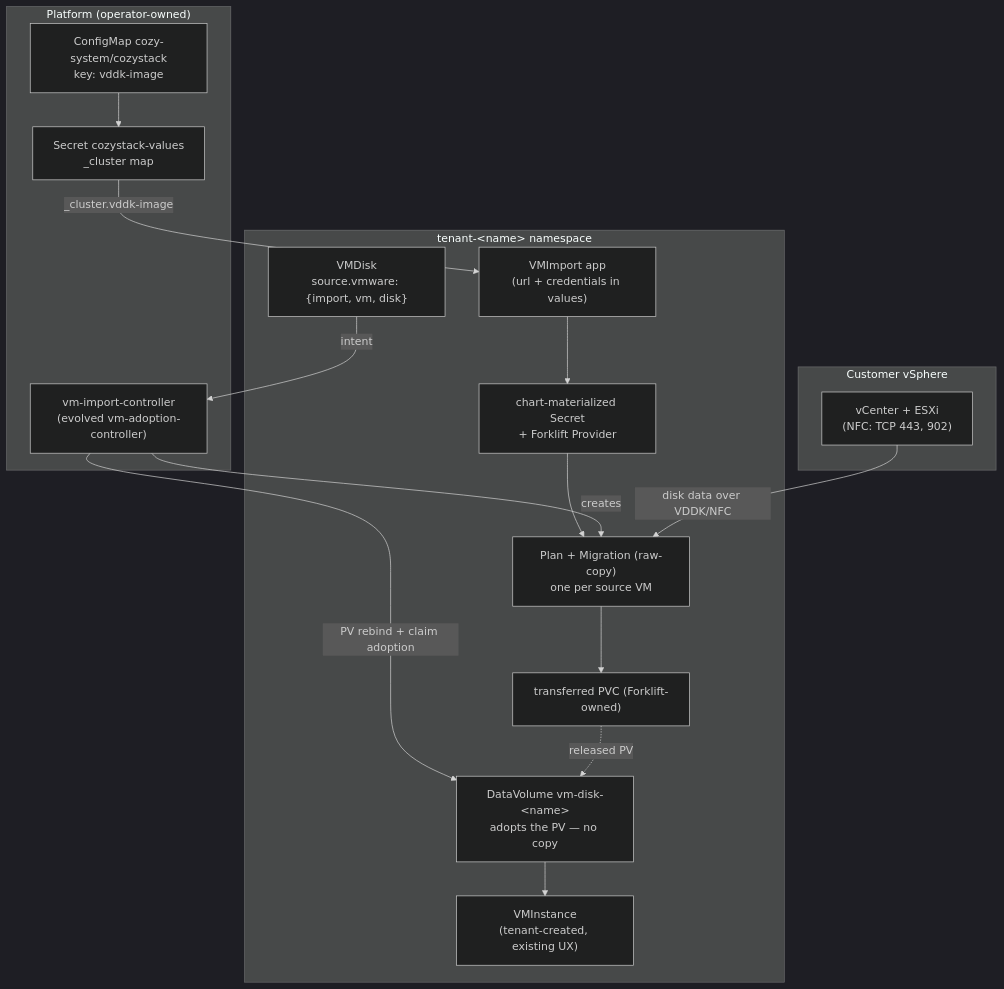
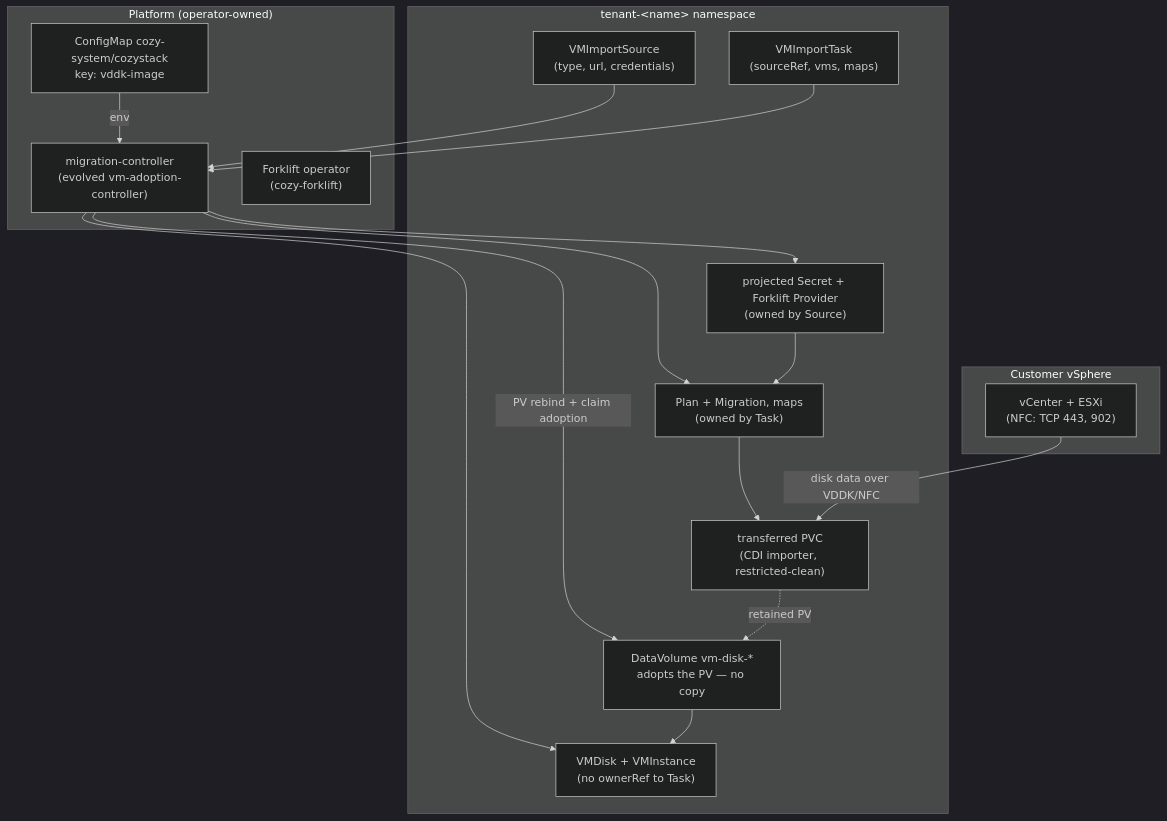
Before and after one commit to cozystack/community: the diagram in design-proposals/vm-import/README.md, drawn with Mermaid (dark theme). The commit also changed other lines of this file, not shown here.

First line of the commit message:
design-proposals/vm-import: rework the tenant API into a CRD pair

````diff
--- a/design-proposals/vm-import/README.md
+++ b/design-proposals/vm-import/README.md
@@ -65,31 +128,32 @@
 ```mermaid
 flowchart TB
   subgraph vmware["Customer vSphere"]
     VC["vCenter + ESXi<br/>(NFC: TCP 443, 902)"]
   end
   subgraph platform["Platform (operator-owned)"]
     CM["ConfigMap cozy-system/cozystack<br/>key: vddk-image"]
-    CV["Secret cozystack-values<br/>_cluster map"]
-    CTRL["vm-import-controller<br/>(evolved vm-adoption-controller)"]
+    CTRL["migration-controller<br/>(evolved vm-adoption-controller)"]
+    FK["Forklift operator<br/>(cozy-forklift)"]
   end
   subgraph tenant["tenant-&lt;name&gt; namespace"]
-    VI["VMImport app<br/>(url + credentials in values)"]
-    SEC["chart-materialized Secret<br/>+ Forklift Provider"]
-    VD["VMDisk<br/>source.vmware: {import, vm, disk}"]
-    PLAN["Plan + Migration (raw-copy)<br/>one per source VM"]
-    PVC["transferred PVC (Forklift-owned)"]
-    DV["DataVolume vm-disk-&lt;name&gt;<br/>adopts the PV — no copy"]
-    VMI["VMInstance<br/>(tenant-created, existing UX)"]
+    SRC["VMImportSource<br/>(type, url, credentials)"]
+    SEC["projected Secret + Forklift Provider<br/>(owned by Source)"]
+    TASK["VMImportTask<br/>(sourceRef, vms, maps)"]
+    PLAN["Plan + Migration, maps<br/>(owned by Task)"]
+    PVC["transferred PVC<br/>(CDI importer, restricted-clean)"]
+    DV["DataVolume vm-disk-*<br/>adopts the PV — no copy"]
+    OUT["VMDisk + VMInstance<br/>(no ownerRef to Task)"]
   end
-  CM --> CV
-  CV -->|"_cluster.vddk-image"| VI
-  VI --> SEC
-  VD -->|"intent"| CTRL
+  CM -->|"env"| CTRL
+  SRC --> CTRL
+  CTRL --> SEC
+  TASK --> CTRL
+  CTRL --> PLAN
   SEC --> PLAN
-  CTRL -->|"creates"| PLAN
-  VC -->|"disk data over VDDK/NFC"| PLAN
+  VC -->|"disk data over VDDK/NFC"| PVC
   PLAN --> PVC
   CTRL -->|"PV rebind + claim adoption"| DV
-  PVC -.->|"released PV"| DV
-  DV --> VMI
+  PVC -.->|"retained PV"| DV
+  CTRL --> OUT
+  DV --> OUT
 ```
````
